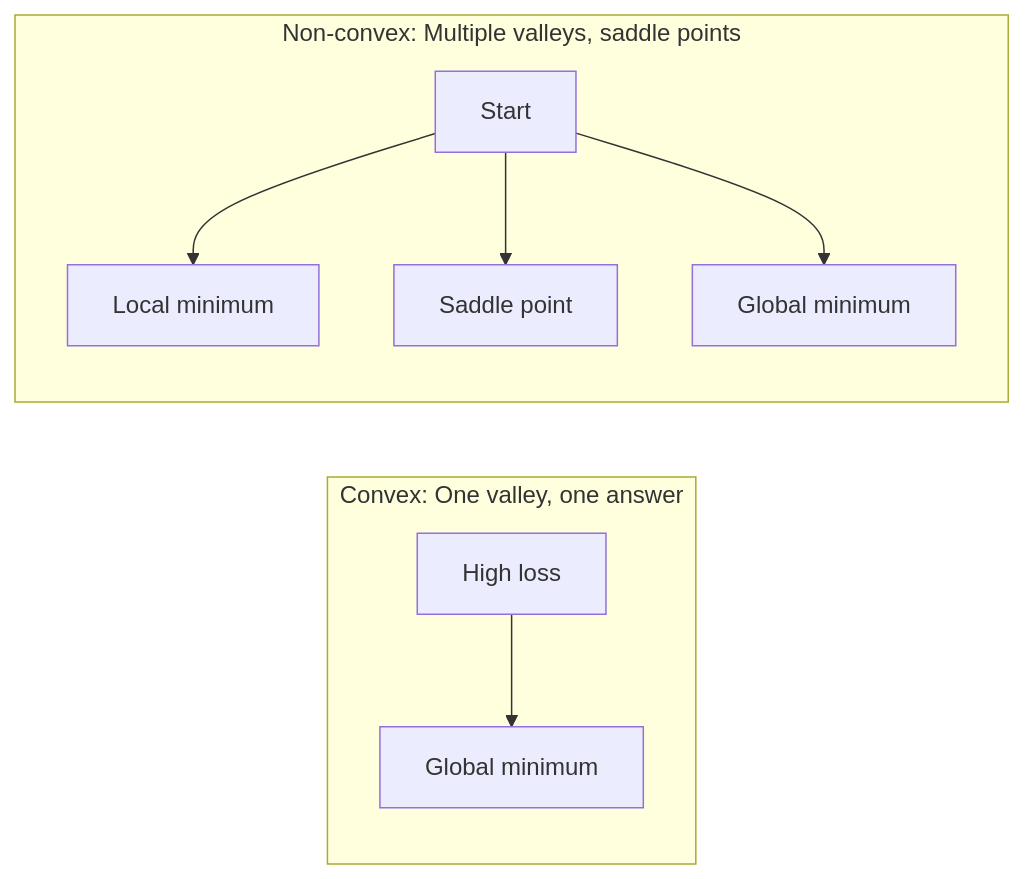
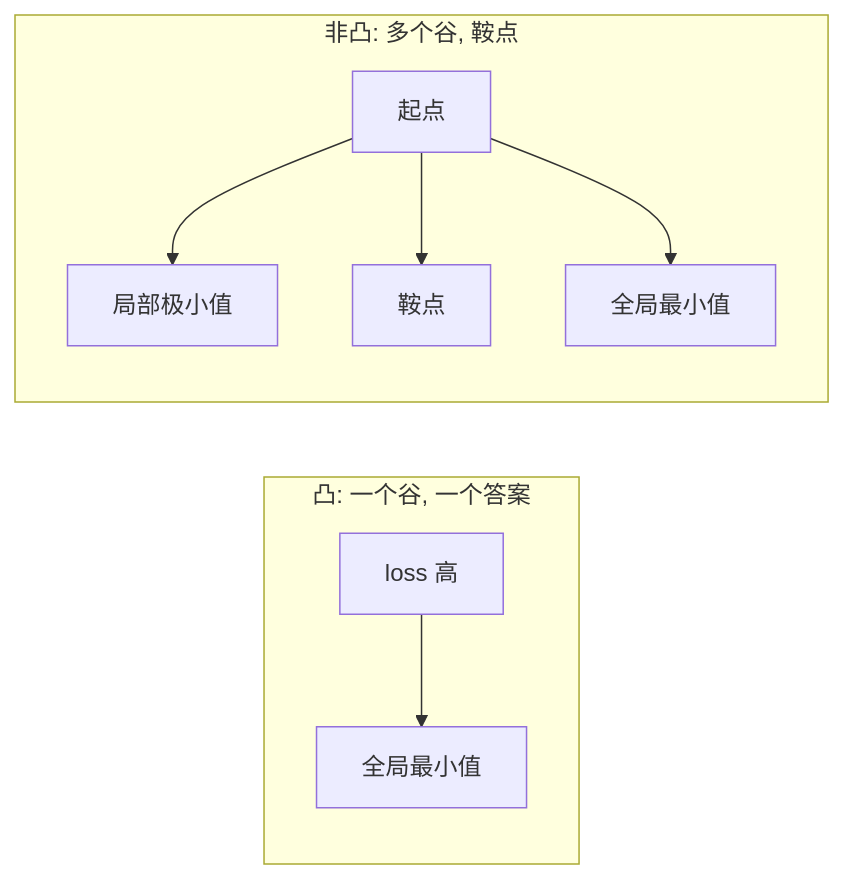
One commit to JerryC8080/ai-engineering-from-scratch-zh changed the fourth of 5 diagrams in phases/01-math-foundations/08-optimization/docs/zh.md. Above: the diagram before and after it, drawn with Mermaid. The commit also changed other lines of this file and 156 other files, not shown here.

First line of the commit message:
i18n(zh): translate mermaid diagram labels in 157 lesson zh.md

````diff
--- a/phases/01-math-foundations/08-optimization/docs/zh.md
+++ b/phases/01-math-foundations/08-optimization/docs/zh.md
@@ -165,13 +165,13 @@
 ```mermaid
 graph LR
-    subgraph Convex["Convex: One valley, one answer"]
+    subgraph Convex["凸: 一个谷, 一个答案"]
         direction TB
-        CV1["High loss"] --> CV2["Global minimum"]
+        CV1["loss 高"] --> CV2["全局最小值"]
     end
-    subgraph NonConvex["Non-convex: Multiple valleys, saddle points"]
+    subgraph NonConvex["非凸: 多个谷, 鞍点"]
         direction TB
-        NC1["Start"] --> NC2["Local minimum"]
-        NC1 --> NC3["Saddle point"]
-        NC1 --> NC4["Global minimum"]
+        NC1["起点"] --> NC2["局部极小值"]
+        NC1 --> NC3["鞍点"]
+        NC1 --> NC4["全局最小值"]
     end
 ```
````
